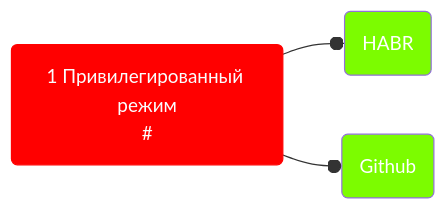
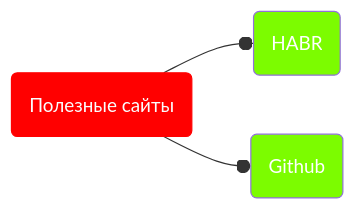
One commit to Kostrov2003/FirstSite changed the diagram in test.md. Above: the diagram before and after it, drawn with Mermaid.

````diff
--- a/test.md
+++ b/test.md
@@ -1,12 +1,13 @@
 ```mermaid 
 graph LR
 classDef class1 fill:#FF0000,stroke:#FF0000,color:#fbfdfe
 classDef class2 fill:#7CFC00,color:#FFFFFF
 
-A(1 Привилегированный режим<br>#):::class1 --o B(HABR):::class2
+A(Полезные сайты<br>):::class1 --o B(HABR):::class2
 click B "https://habr.com/ru/all/" _blank
 
-A --o C(Github <br>):::class2
+A --o C(Github<br>):::class2
+click C "https://github.com/" _blank
 
 
 ```
````
